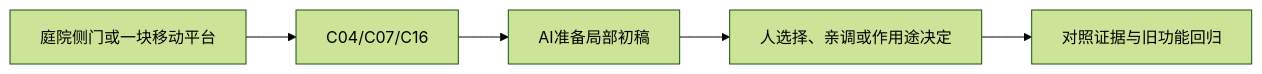
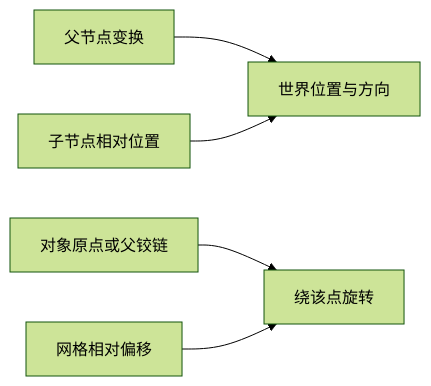
One commit to Zilur/ai-3d-game-learning changed the diagram in curriculum/lessons/I04.md. Above: the diagram before and after it, drawn with Mermaid (forest theme). The commit also changed other lines of this file and 164 other files, not shown here.

Commit message:
docs: publish 47 step-by-step AI lesson flows, world upgrade and optional training corner

````diff
--- a/curriculum/lessons/I04.md
+++ b/curriculum/lessons/I04.md
@@ -38,7 +35,7 @@
 ```mermaid
 flowchart LR
-  S["庭院侧门或一块移动平台"] --> K["C04/C07/C16"]
-  K --> AI["AI准备局部初稿"]
-  AI --> H["人选择、亲调或作用途决定"]
-  H --> V["对照证据与旧功能回归"]
+ P["父节点变换"] --> W["世界位置与方向"]
+ L["子节点相对位置"] --> W
+ O["对象原点或父铰链"] --> R["绕该点旋转"]
+ M["网格相对偏移"] --> R
 ```
````
